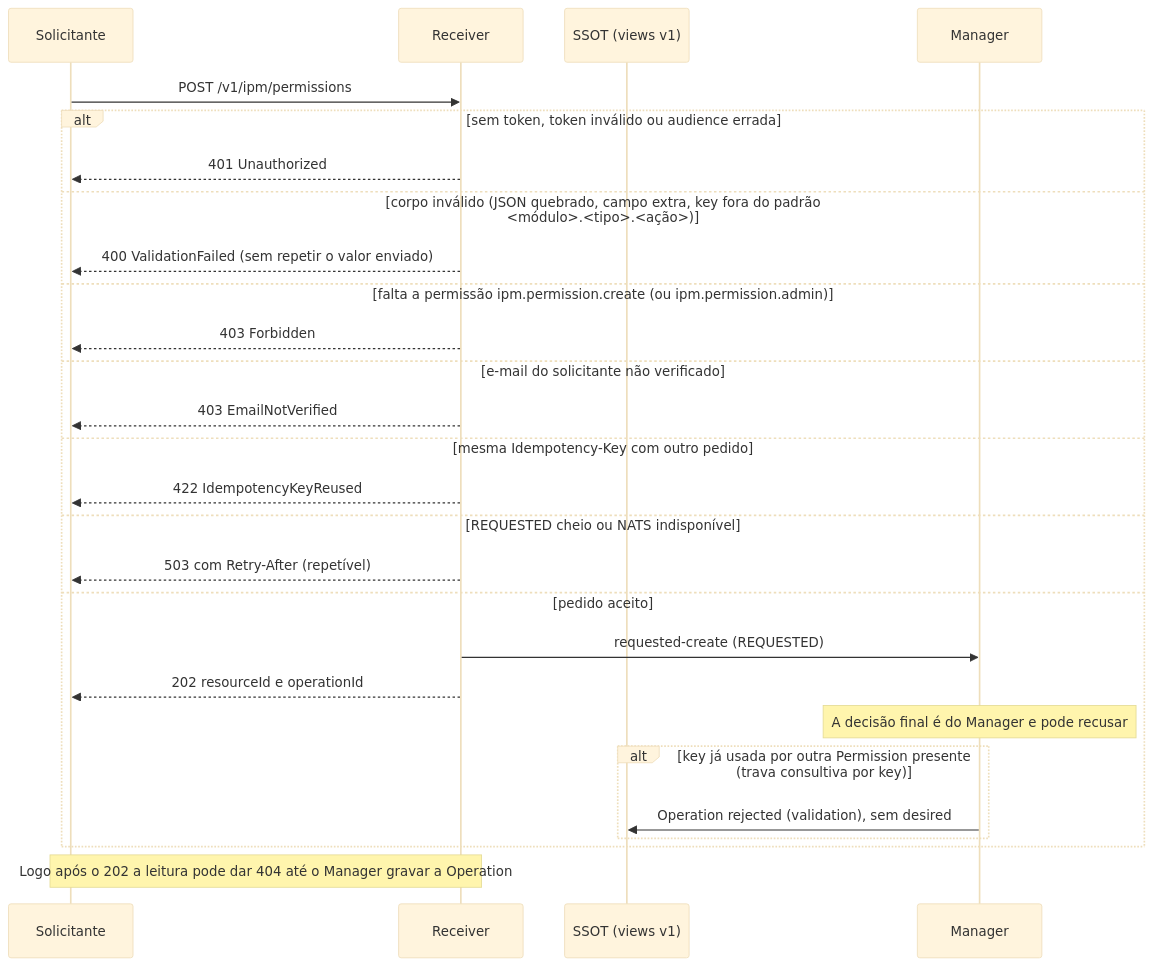
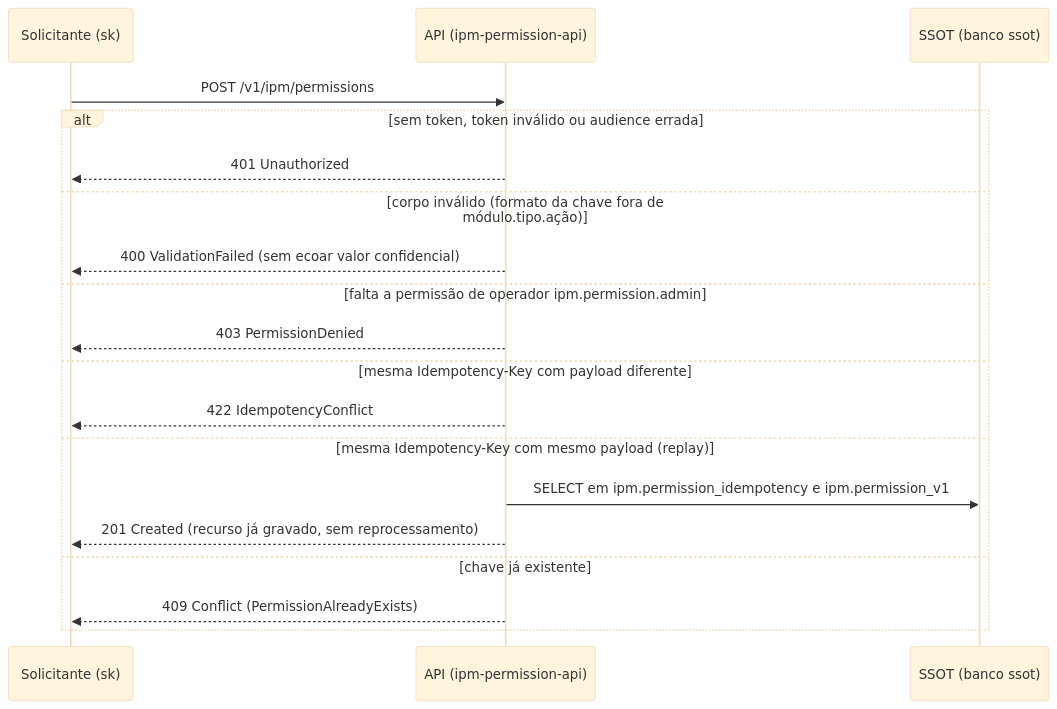
One commit to danielsabatini/smarkee changed the diagram in features/ipm/permission/docs/flow/02-validacao-e-borda.mmd. Above: the diagram before and after it, drawn with Mermaid (base theme). The commit also changed 86 other files, not shown here.

Commit message:
docs(ipm): atualiza diagramas e fluxo de dados de organization, permission, user e serviceaccount

```diff
--- a/features/ipm/permission/docs/flow/02-validacao-e-borda.mmd
+++ b/features/ipm/permission/docs/flow/02-validacao-e-borda.mmd
@@ -1,27 +1,20 @@
 sequenceDiagram
-  participant U as Solicitante
-  participant R as Receiver
-  participant DB as SSOT (views v1)
-  participant M as Manager
-  U->>R: POST /v1/ipm/permissions
+  participant U as Solicitante (sk)
+  participant API as API (ipm-permission-api)
+  participant DB as SSOT (banco ssot)
+
+  U->>API: POST /v1/ipm/permissions
   alt sem token, token inválido ou audience errada
-    R-->>U: 401 Unauthorized
-  else corpo inválido (JSON quebrado, campo extra, key fora do padrão <módulo>.<tipo>.<ação>)
-    R-->>U: 400 ValidationFailed (sem repetir o valor enviado)
-  else falta a permissão ipm.permission.create (ou ipm.permission.admin)
-    R-->>U: 403 Forbidden
-  else e-mail do solicitante não verificado
-    R-->>U: 403 EmailNotVerified
-  else mesma Idempotency-Key com outro pedido
-    R-->>U: 422 IdempotencyKeyReused
-  else REQUESTED cheio ou NATS indisponível
-    R-->>U: 503 com Retry-After (repetível)
-  else pedido aceito
-    R->>M: requested-create (REQUESTED)
-    R-->>U: 202 resourceId e operationId
-    Note over M: A decisão final é do Manager e pode recusar
-    alt key já usada por outra Permission presente (trava consultiva por key)
-      M->>DB: Operation rejected (validation), sem desired
-    end
+    API-->>U: 401 Unauthorized
+  else corpo inválido (formato da chave fora de módulo.tipo.ação)
+    API-->>U: 400 ValidationFailed (sem ecoar valor confidencial)
+  else falta a permissão de operador ipm.permission.admin
+    API-->>U: 403 PermissionDenied
+  else mesma Idempotency-Key com payload diferente
+    API-->>U: 422 IdempotencyConflict
+  else mesma Idempotency-Key com mesmo payload (replay)
+    API->>DB: SELECT em ipm.permission_idempotency e ipm.permission_v1
+    API-->>U: 201 Created (recurso já gravado, sem reprocessamento)
+  else chave já existente
+    API-->>U: 409 Conflict (PermissionAlreadyExists)
   end
-  Note over U,R: Logo após o 202 a leitura pode dar 404 até o Manager gravar a Operation
```
